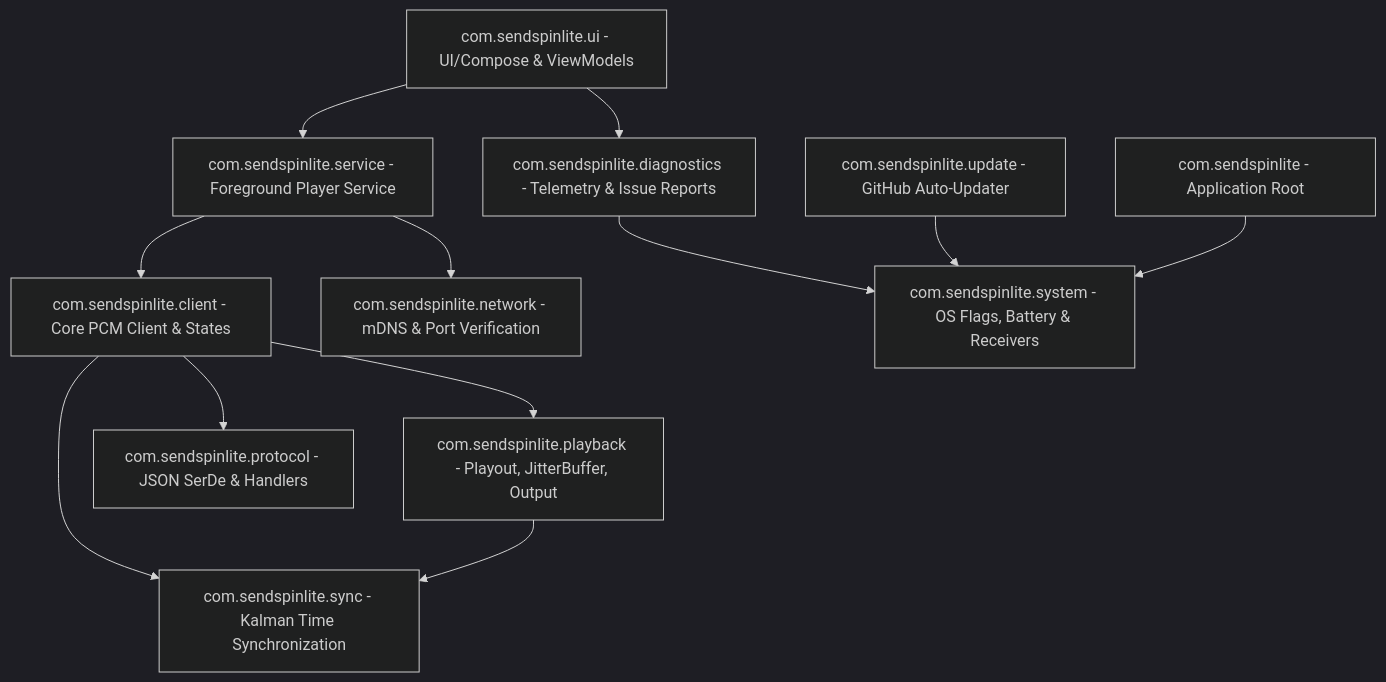
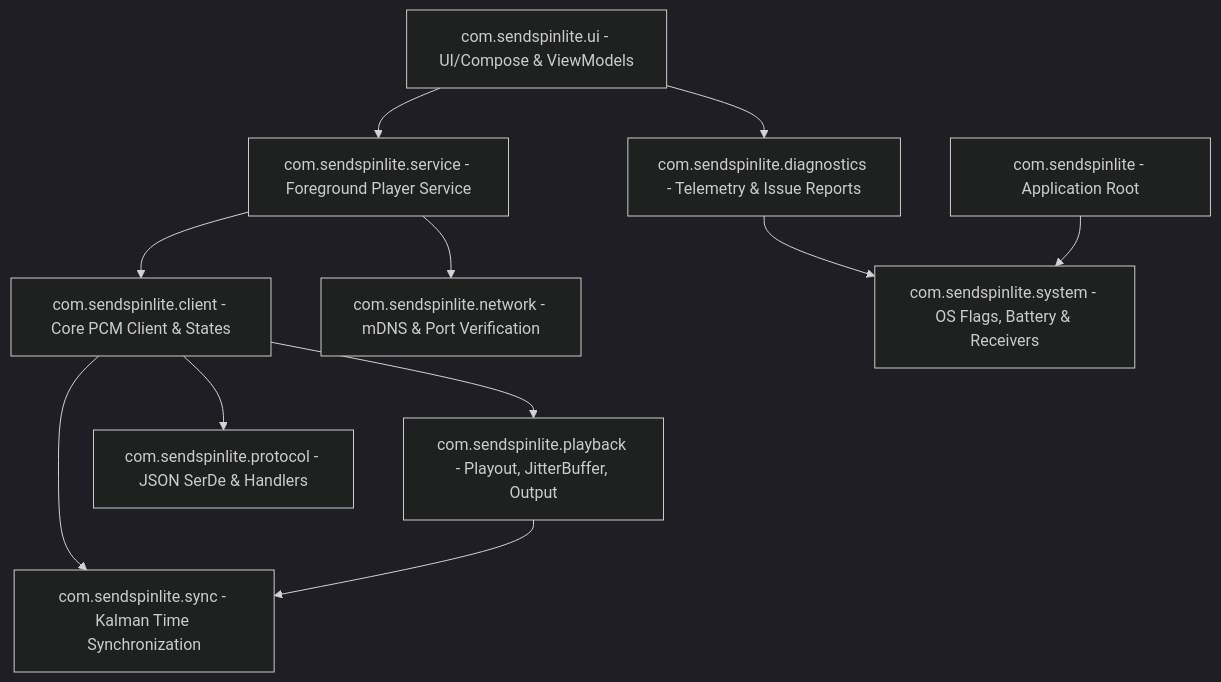
One commit to pantherale0/sendspinlite changed the diagram in ARCH.md. Above: the diagram before and after it, drawn with Mermaid (dark theme). The commit also changed other lines of this file and 10 other files, not shown here.

````diff
--- a/ARCH.md
+++ b/ARCH.md
@@ -15,28 +15,26 @@
 ```mermaid
 graph TD
     %% Define Nodes
     Root[com.sendspinlite - Application Root]
     UI[com.sendspinlite.ui - UI/Compose & ViewModels]
     Service[com.sendspinlite.service - Foreground Player Service]
     Client[com.sendspinlite.client - Core PCM Client & States]
     Sync[com.sendspinlite.sync - Kalman Time Synchronization]
     Playback[com.sendspinlite.playback - Playout, JitterBuffer, Output]
     Protocol[com.sendspinlite.protocol - JSON SerDe & Handlers]
     Network[com.sendspinlite.network - mDNS & Port Verification]
-    Update[com.sendspinlite.update - GitHub Auto-Updater]
     Diag[com.sendspinlite.diagnostics - Telemetry & Issue Reports]
     Sys[com.sendspinlite.system - OS Flags, Battery & Receivers]
 
     %% Package Connections
     UI --> Service
     Service --> Client
     Client --> Protocol
     Client --> Playback
     Client --> Sync
     Playback --> Sync
     Service --> Network
     UI --> Diag
     Diag --> Sys
-    Update --> Sys
     Root --> Sys
 ```
````
